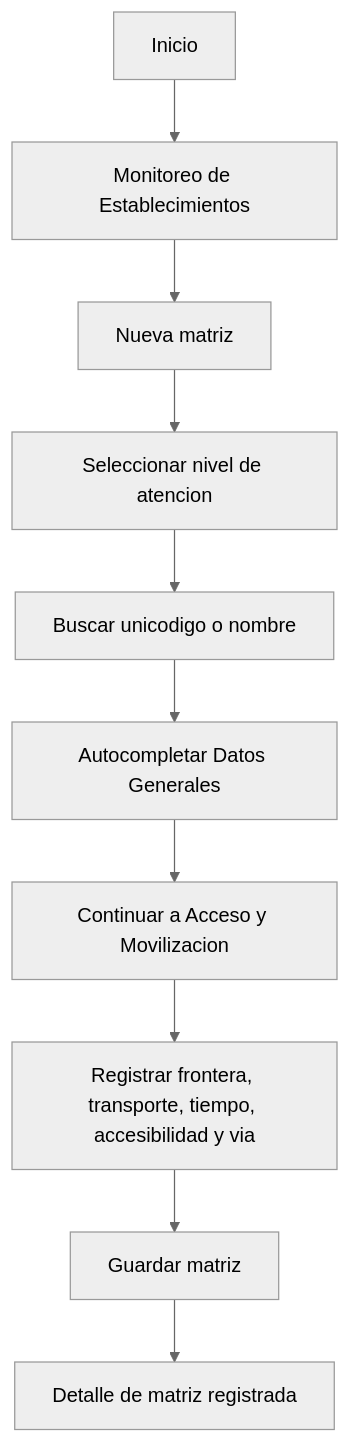
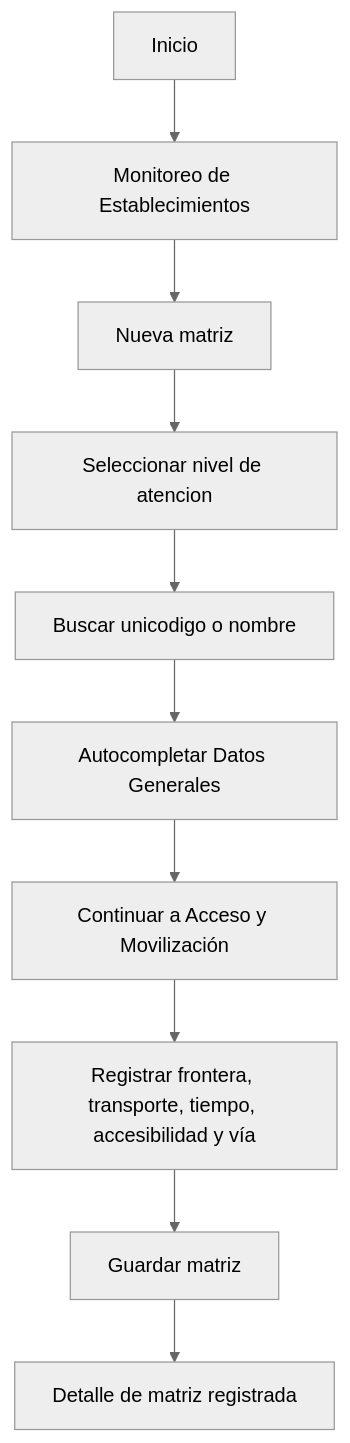
One commit to marcelochavez-ec/SIGEM changed the fourth of 4 diagrams in README.md. Above: the diagram before and after it, drawn with Mermaid (neutral theme). The commit also changed other lines of this file and 25 other files, not shown here.

````diff
--- a/README.md
+++ b/README.md
@@ -338,12 +338,12 @@
 ```mermaid
 flowchart TD
     A[Inicio] --> B[Monitoreo de Establecimientos]
     B --> C[Nueva matriz]
     C --> D[Seleccionar nivel de atencion]
     D --> E[Buscar unicodigo o nombre]
     E --> F[Autocompletar Datos Generales]
-    F --> G[Continuar a Acceso y Movilizacion]
-    G --> H[Registrar frontera, transporte, tiempo, accesibilidad y via]
+    F --> G[Continuar a Acceso y Movilización]
+    G --> H[Registrar frontera, transporte, tiempo, accesibilidad y vía]
     H --> I[Guardar matriz]
     I --> J[Detalle de matriz registrada]
 ```
````
